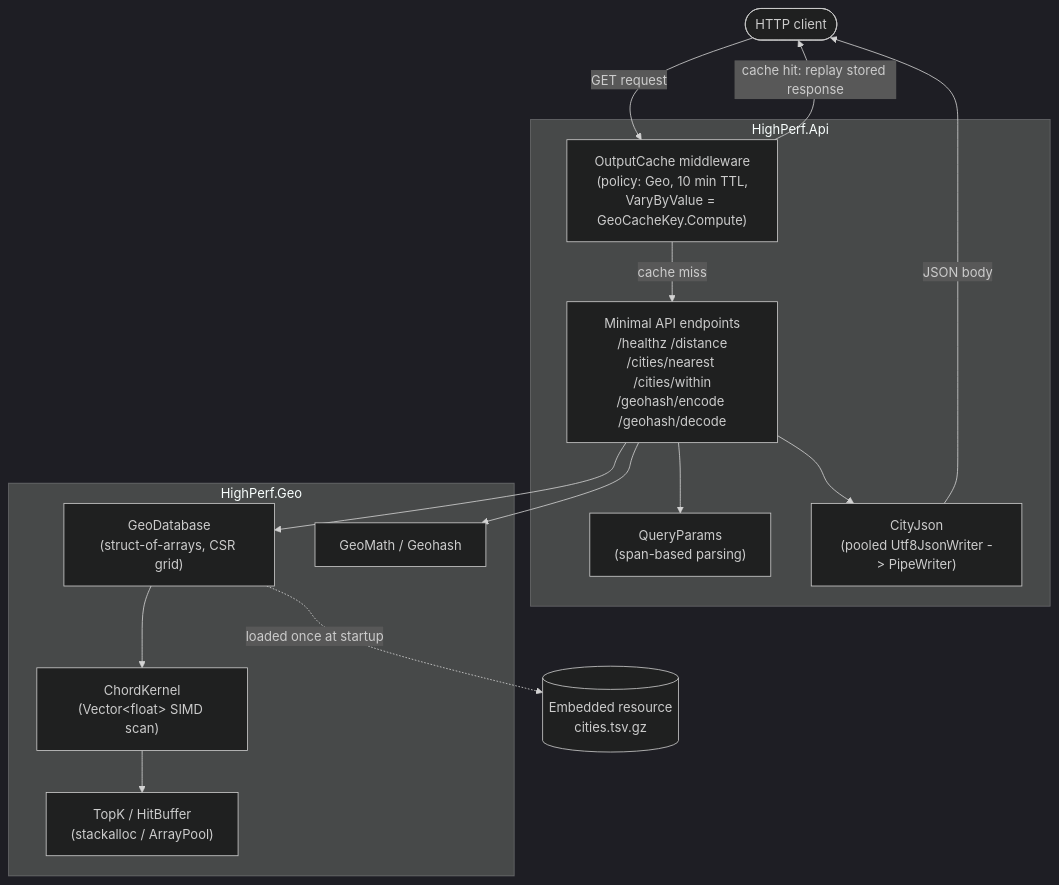
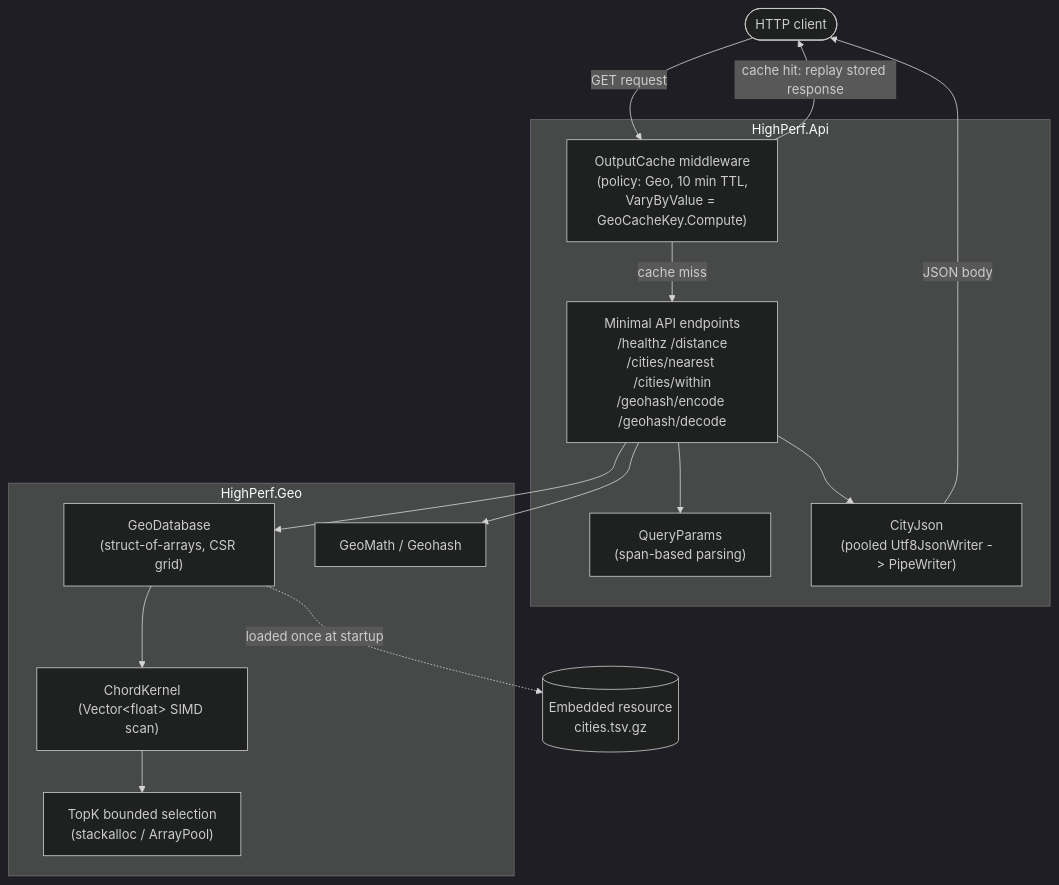
One commit to cmxl/Geoblitz changed the second of 3 diagrams in docs/architecture.md. Above: the diagram before and after it, drawn with Mermaid (dark theme). The commit also changed other lines of this file and 19 other files, not shown here.

````diff
--- a/docs/architecture.md
+++ b/docs/architecture.md
@@ -61,29 +61,29 @@
 ```mermaid
 graph TD
     Client(["HTTP client"])
     subgraph API["HighPerf.Api"]
         OC["OutputCache middleware<br/>(policy: Geo, 10 min TTL,<br/>VaryByValue = GeoCacheKey.Compute)"]
         EP["Minimal API endpoints<br/>/healthz /distance<br/>/cities/nearest /cities/within<br/>/geohash/encode /geohash/decode"]
         QP["QueryParams<br/>(span-based parsing)"]
         CJ["CityJson<br/>(pooled Utf8JsonWriter -> PipeWriter)"]
     end
     subgraph GEO["HighPerf.Geo"]
         GD["GeoDatabase<br/>(struct-of-arrays, CSR grid)"]
         CK["ChordKernel<br/>(Vector&lt;float&gt; SIMD scan)"]
-        TK["TopK / HitBuffer<br/>(stackalloc / ArrayPool)"]
+        TK["TopK bounded selection<br/>(stackalloc / ArrayPool)"]
         GM["GeoMath / Geohash"]
     end
     Res[("Embedded resource<br/>cities.tsv.gz")]
 
     Client -->|GET request| OC
     OC -->|cache hit: replay stored response| Client
     OC -->|cache miss| EP
     EP --> QP
     EP --> GD
     EP --> GM
     GD --> CK
     CK --> TK
     EP --> CJ
     CJ -->|JSON body| Client
     GD -.loaded once at startup.-> Res
 ```
````
